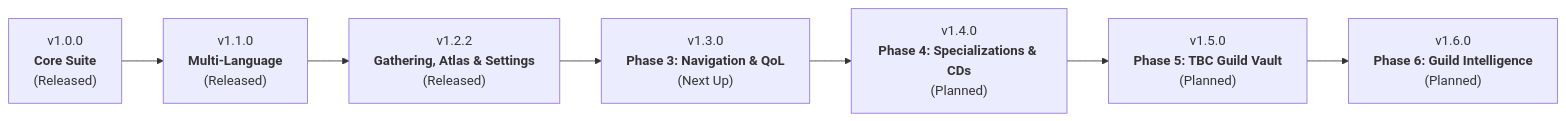
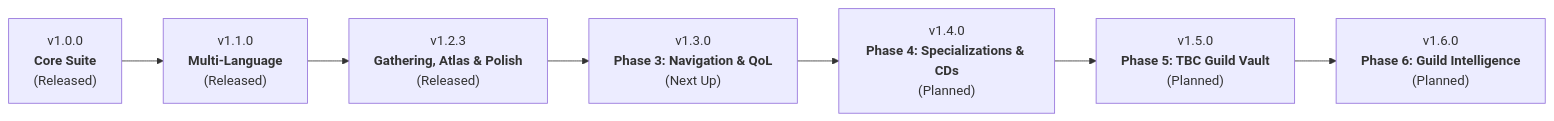
The diagram in ROADMAP.md (VhelCodez/GSFHub), drawn with Mermaid before and after one commit. The commit also changed other lines of this file and 25 other files, not shown here.

````diff
--- a/ROADMAP.md
+++ b/ROADMAP.md
@@ -9,9 +9,9 @@
 ```mermaid
 graph LR
     v10["v1.0.0<br/><b>Core Suite</b><br/>(Released)"] --> v11["v1.1.0<br/><b>Multi-Language</b><br/>(Released)"]
-    v11 --> v12["v1.2.2<br/><b>Gathering, Atlas & Settings</b><br/>(Released)"]
+    v11 --> v12["v1.2.3<br/><b>Gathering, Atlas & Polish</b><br/>(Released)"]
     v12 --> v13["v1.3.0<br/><b>Phase 3: Navigation & QoL</b><br/>(Next Up)"]
     v13 --> v14["v1.4.0<br/><b>Phase 4: Specializations & CDs</b><br/>(Planned)"]
     v14 --> v15["v1.5.0<br/><b>Phase 5: TBC Guild Vault</b><br/>(Planned)"]
     v15 --> v16["v1.6.0<br/><b>Phase 6: Guild Intelligence</b><br/>(Planned)"]
 ```
````
